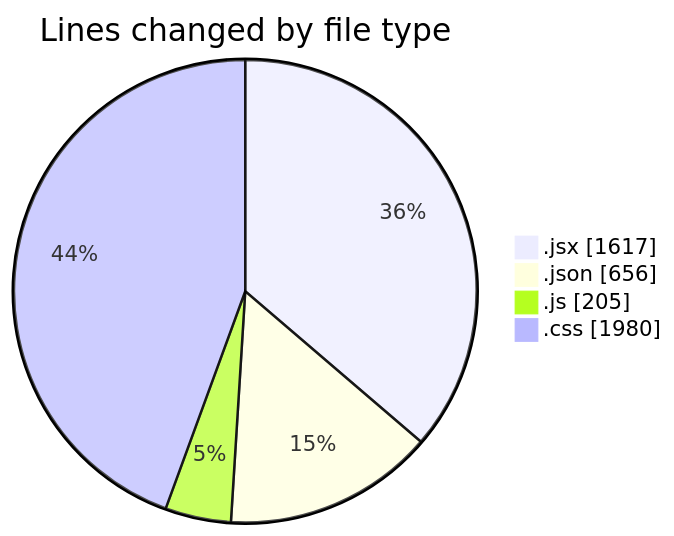
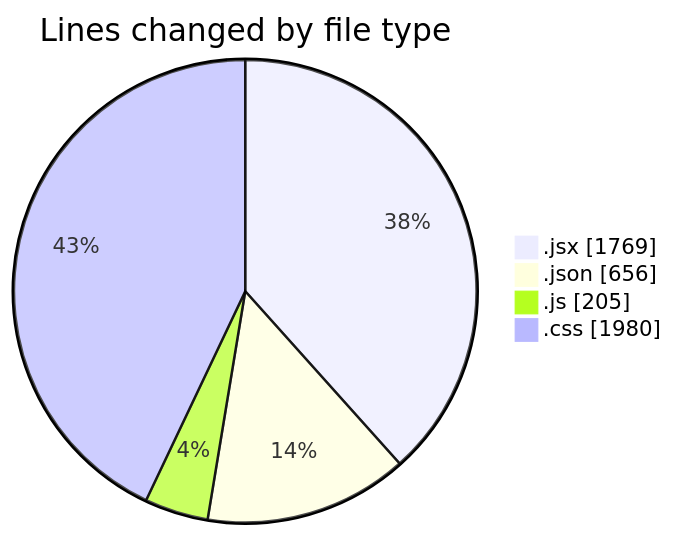
Before and after one commit to BS-eng2023/code-tracking: the first of 2 diagrams in 2025-05-04/project/README.md, drawn with Mermaid. The commit also changed other lines of this file and 1 other file, not shown here.

````diff
--- a/2025-05-04/project/README.md
+++ b/2025-05-04/project/README.md
@@ -42,8 +42,8 @@
 ```mermaid
 pie showData
 title Lines changed by file type
-".jsx" : 1617
+".jsx" : 1769
 ".json" : 656
 ".js" : 205
 ".css" : 1980
 ```
````
